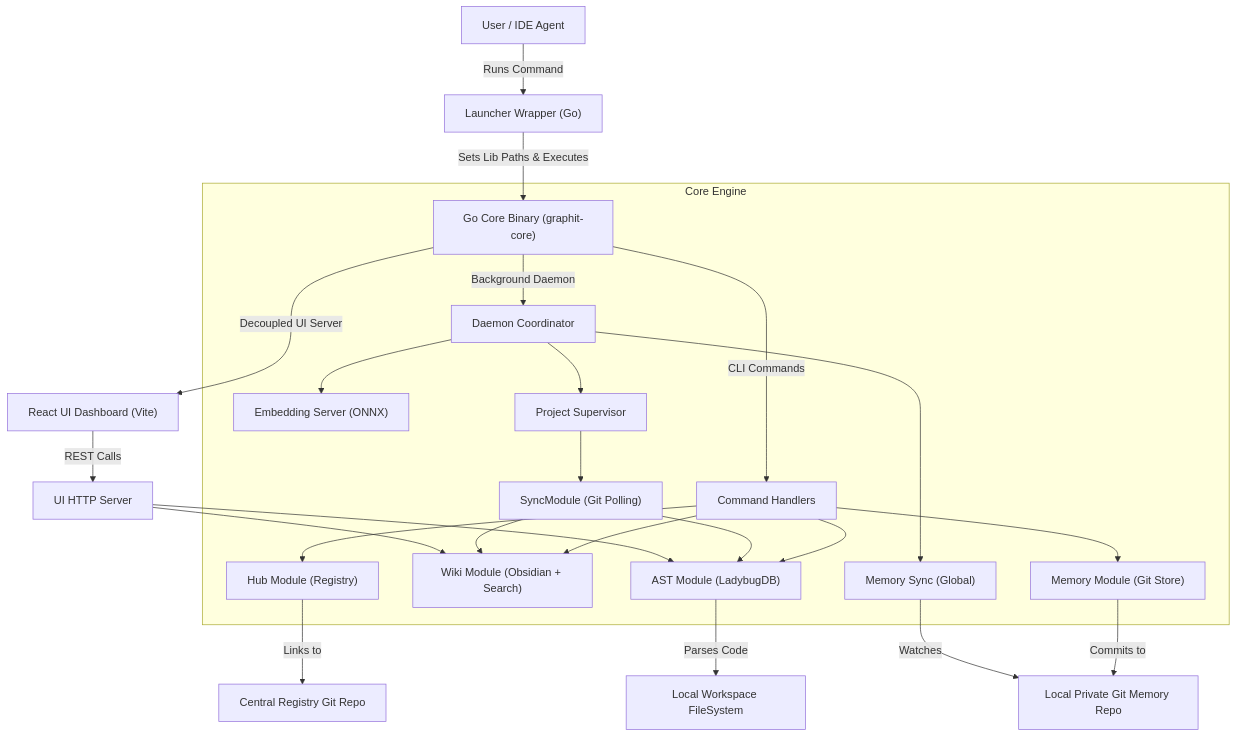
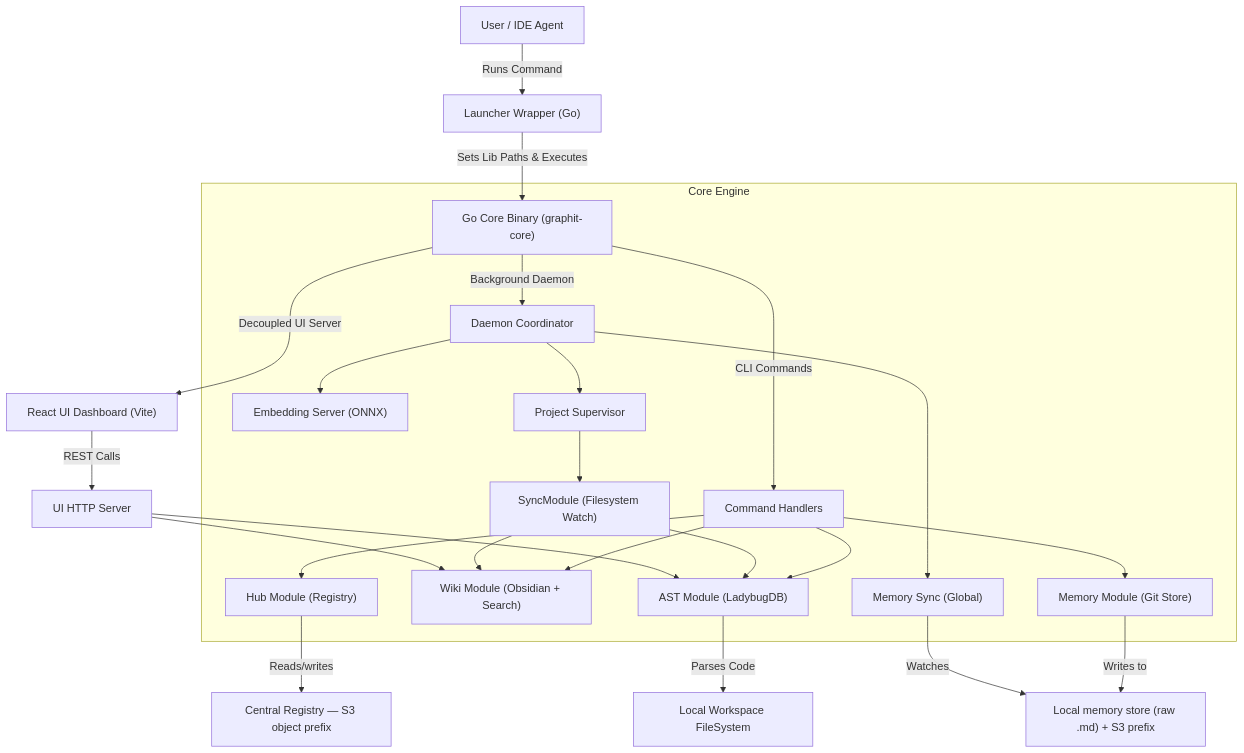
One commit to graphit-labs/graphit-code changed the diagram in docs/architecture/architecture_overview.md. Above: the diagram before and after it, drawn with Mermaid. The commit also changed other lines of this file and 905 other files, not shown here.

First line of the commit message:
feat(ast, store, wiki, daemon, hub): comprehensive engine, storage, search and DX improvements

````diff
--- a/docs/architecture/architecture_overview.md
+++ b/docs/architecture/architecture_overview.md
@@ -30,33 +30,33 @@
 ```mermaid
 graph TD
     User["User / IDE Agent"] -- Runs Command --> Launcher["Launcher Wrapper (Go)"]
     Launcher -- Sets Lib Paths & Executes --> Core["Go Core Binary (graphit-core)"]
     
     subgraph Core Engine
         Core -- CLI Commands --> Cmds["Command Handlers"]
         Core -- Background Daemon --> Daemon["Daemon Coordinator"]
         
         Cmds --> AST["AST Module (LadybugDB)"]
         Cmds --> Wiki["Wiki Module (Obsidian + Search)"]
         Cmds --> Hub["Hub Module (Registry)"]
         Cmds --> Mem["Memory Module (Git Store)"]
         
         Daemon --> EmbedSvc["Embedding Server (ONNX)"]
         Daemon --> ProjectWatch["Project Supervisor"]
         Daemon --> MemSync["Memory Sync (Global)"]
         
-        ProjectWatch --> SyncMod["SyncModule (Git Polling)"]
+        ProjectWatch --> SyncMod["SyncModule (Filesystem Watch)"]
         SyncMod --> AST
         SyncMod --> Wiki
     end
     
     AST -- Parses Code --> FileSystem["Local Workspace FileSystem"]
-    Mem -- Commits to --> GitLocal["Local Private Git Memory Repo"]
-    MemSync -- Watches --> GitLocal
-    Hub -- Links to --> GitHub["Central Registry Git Repo"]
+    Mem -- Writes to --> MemStore["Local memory store (raw .md) + S3 prefix"]
+    MemSync -- Watches --> MemStore
+    Hub -- Reads/writes --> S3["Central Registry — S3 object prefix"]
     
     Core -- Decoupled UI Server --> ReactUI["React UI Dashboard (Vite)"]
     ReactUI -- REST Calls --> WebServer["UI HTTP Server"]
     WebServer --> AST
     WebServer --> Wiki
 ```
````
